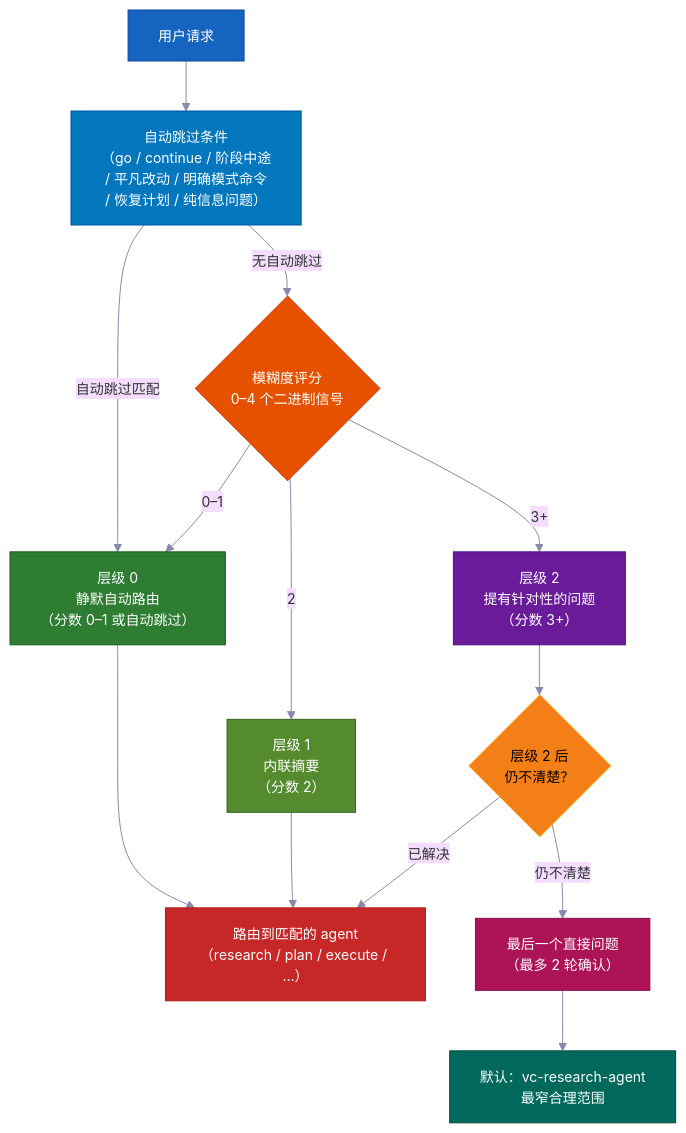
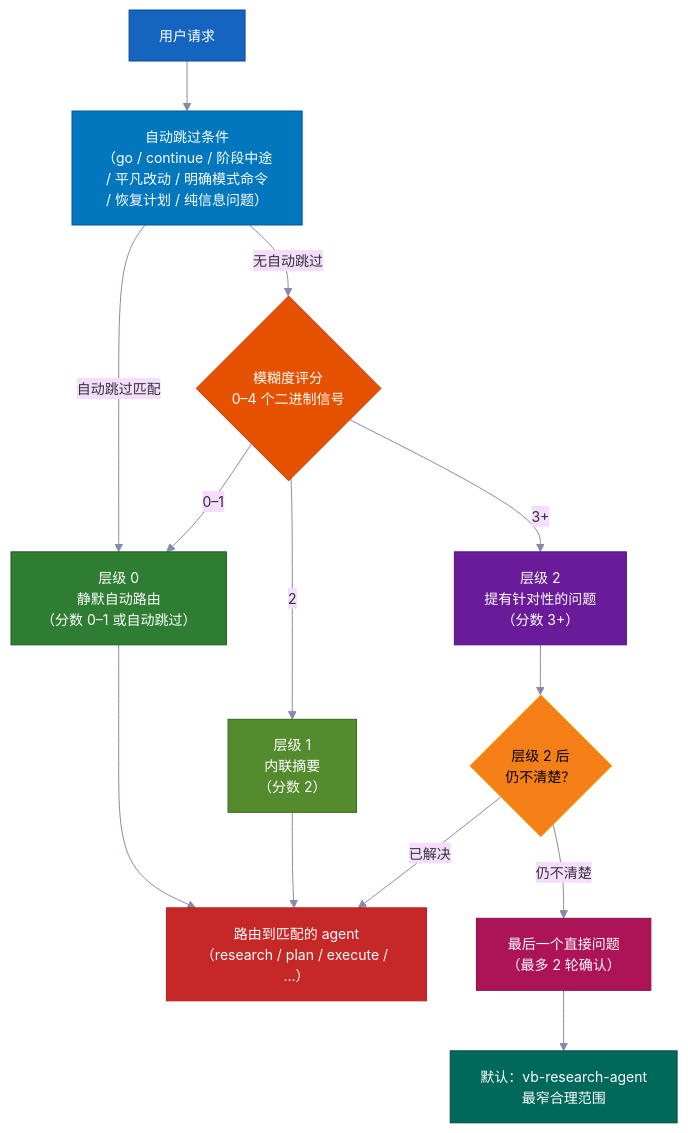
Before and after one commit to Tomwakeupat530amm/vibebelt-kit: the fourth of 14 diagrams in docs/i18n/README.zh-CN.md, drawn with Mermaid. The commit also changed other lines of this file and 646 other files, not shown here.

````diff
--- a/docs/i18n/README.zh-CN.md
+++ b/docs/i18n/README.zh-CN.md
@@ -692,37 +692,37 @@
 ```mermaid
 %%{init: {'theme': 'base', 'themeVariables': {'fontSize': '14px', 'lineColor': '#8888AA'}} }%%
 flowchart TD
     REQ["用户请求"]
     SCORE{"模糊度评分\n0–4 个二进制信号"}
     AUTO["自动跳过条件\n（go / continue / 阶段中途\n/ 平凡改动 / 明确模式命令\n/ 恢复计划 / 纯信息问题）"]
     T0["层级 0\n静默自动路由\n（分数 0–1 或自动跳过）"]
     T1["层级 1\n内联摘要\n（分数 2）"]
     T2["层级 2\n提有针对性的问题\n（分数 3+）"]
     ROUTE["路由到匹配的 agent\n（research / plan / execute / …）"]
     STILL{"层级 2 后\n仍不清楚？"}
     FINAL["最后一个直接问题\n（最多 2 轮确认）"]
-    NARROW["默认：vc-research-agent\n最窄合理范围"]
+    NARROW["默认：vb-research-agent\n最窄合理范围"]
 
     REQ --> AUTO
     AUTO -->|"自动跳过匹配"| T0
     AUTO -->|"无自动跳过"| SCORE
     SCORE -->|"0–1"| T0
     SCORE -->|"2"| T1
     SCORE -->|"3+"| T2
     T0 --> ROUTE
     T1 --> ROUTE
     T2 --> STILL
     STILL -->|"已解决"| ROUTE
     STILL -->|"仍不清楚"| FINAL --> NARROW
 
     style REQ fill:#1565C0,stroke:#0D47A1,color:#FFFFFF
     style AUTO fill:#0277BD,stroke:#01579B,color:#FFFFFF
     style SCORE fill:#E65100,stroke:#BF360C,color:#FFFFFF
     style T0 fill:#2E7D32,stroke:#1B5E20,color:#FFFFFF
     style T1 fill:#558B2F,stroke:#33691E,color:#FFFFFF
     style T2 fill:#6A1B9A,stroke:#4A148C,color:#FFFFFF
     style ROUTE fill:#C62828,stroke:#B71C1C,color:#FFFFFF
     style STILL fill:#F57F17,stroke:#F9A825,color:#000000
     style FINAL fill:#AD1457,stroke:#880E4F,color:#FFFFFF
     style NARROW fill:#00695C,stroke:#004D40,color:#FFFFFF
 ```
````
